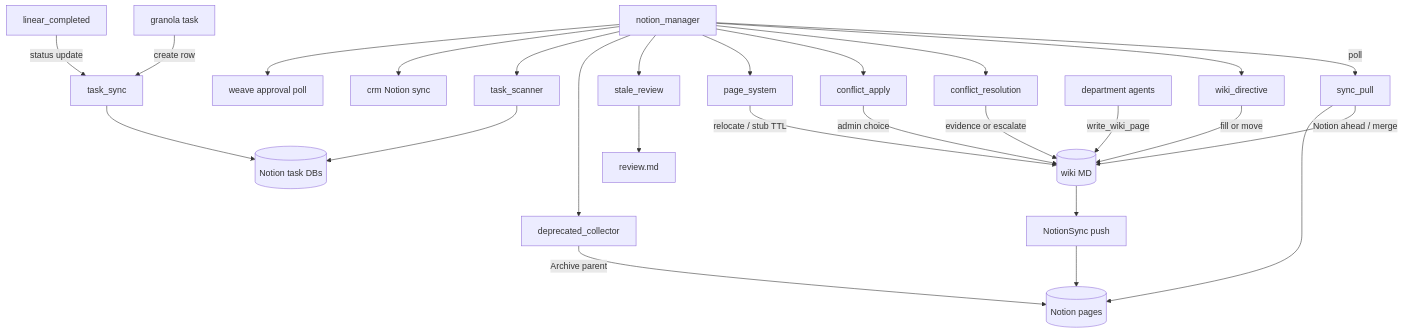
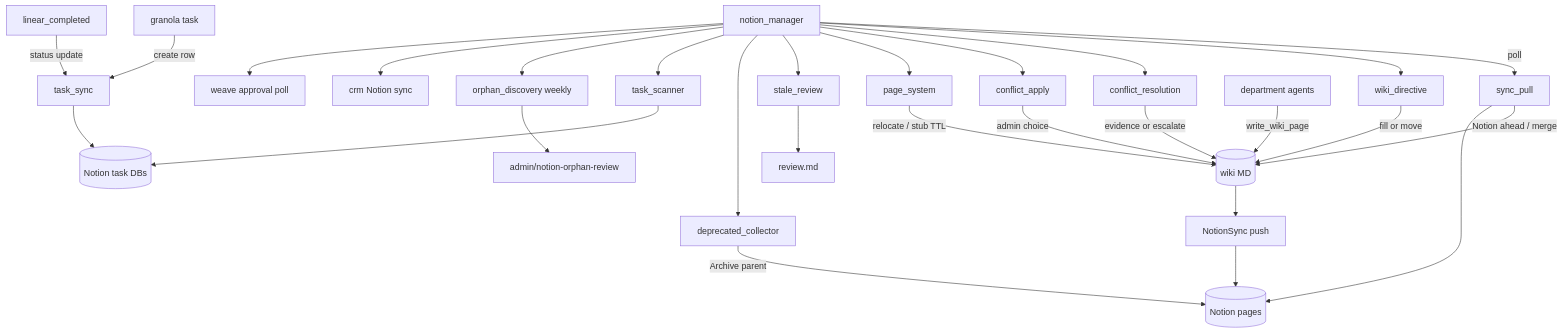
Before and after one commit to NickyHeC/4r7a: the fifth of 5 diagrams in docs/agents/operations.md, drawn with Mermaid. The commit also changed other lines of this file and 26 other files, not shown here.

First line of the commit message:
Ship absorb lanes, @wiki planner, and personal Notion orphan ingest.

````diff
--- a/docs/agents/operations.md
+++ b/docs/agents/operations.md
@@ -651,28 +657,30 @@
 ```mermaid
 flowchart TD
   NM[notion_manager] -->|poll| SP[sync_pull]
   NM --> WD[wiki_directive]
   NM --> CR[conflict_resolution]
   NM --> CA[conflict_apply]
   NM --> PS[page_system]
   NM --> ST[stale_review]
   NM --> DC[deprecated_collector]
   NM --> TS[task_scanner]
+  NM --> OD[orphan_discovery weekly]
   NM --> CRM[crm Notion sync]
   NM --> WV[weave approval poll]
   SP -->|Notion ahead / merge| MD[(wiki MD)]
   WD -->|fill or move| MD
   CR -->|evidence or escalate| MD
   CA -->|admin choice| MD
   PS -->|relocate / stub TTL| MD
   ST --> RQ[review.md]
+  OD --> OR[admin/notion-orphan-review]
   DC -->|Archive parent| N[(Notion pages)]
   AG[department agents] -->|write_wiki_page| MD
   MD --> NS[NotionSync push]
   NS --> N
   SP --> N
   TS --> NDB[(Notion task DBs)]
   GT[granola task] -->|create row| SYNC[task_sync]
   LC[linear_completed] -->|status update| SYNC
   SYNC --> NDB
 ```
````
